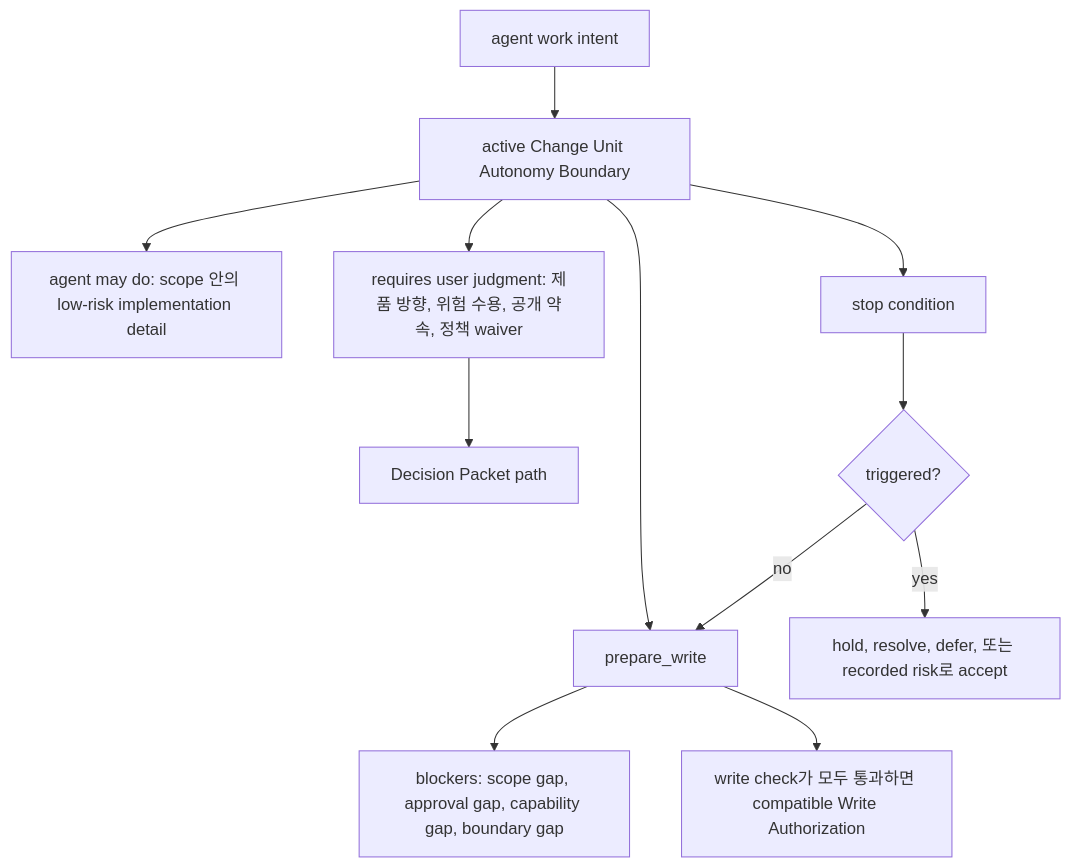
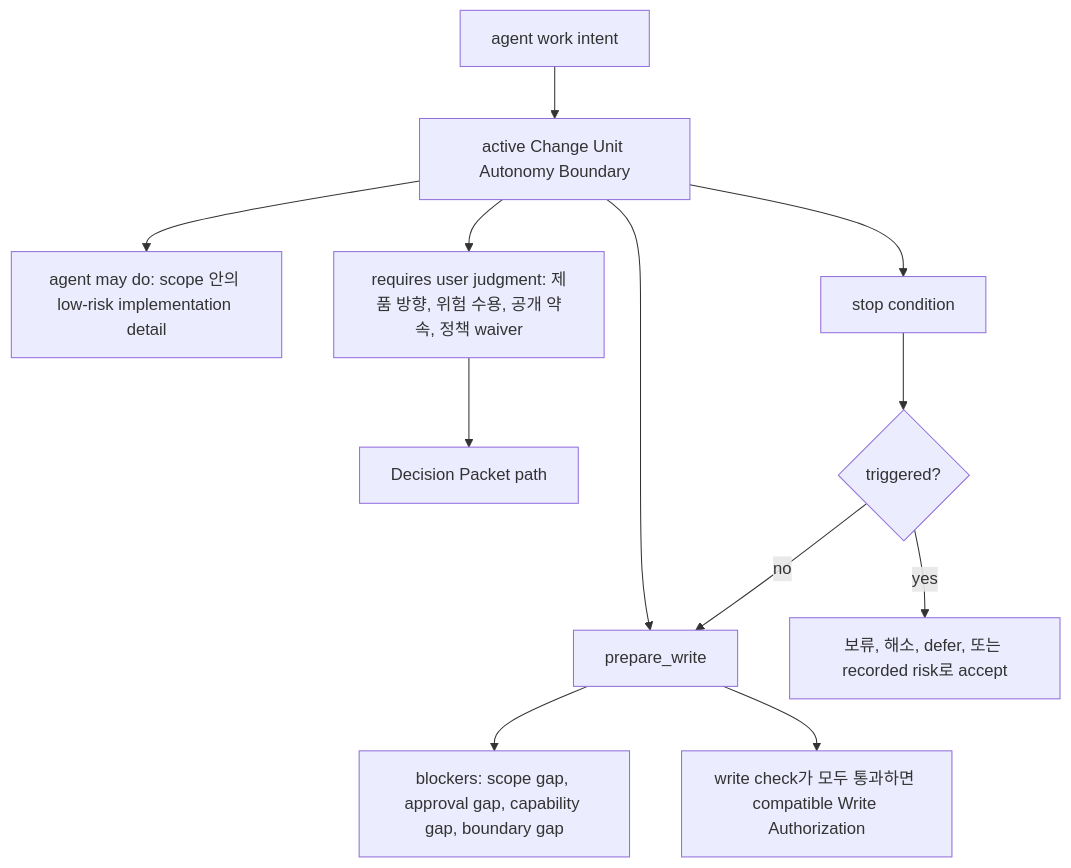
One commit to minjungw00/Harness_Project changed the first of 2 diagrams in docs/ko/reference/design-quality-policies.md. Above: the diagram before and after it, drawn with Mermaid. The commit also changed other lines of this file and 19 other files, not shown here.

````diff
--- a/docs/ko/reference/design-quality-policies.md
+++ b/docs/ko/reference/design-quality-policies.md
@@ -172,15 +172,15 @@
 ```mermaid
 flowchart TD
   Intent["agent work intent"] --> Boundary["active Change Unit Autonomy Boundary"]
   Boundary --> MayDo["agent may do: scope 안의 low-risk implementation detail"]
   Boundary --> UserJudgment["requires user judgment: 제품 방향, 위험 수용, 공개 약속, 정책 waiver"]
   Boundary --> Stops["stop condition"]
   Boundary --> Prepare["prepare_write"]
 
   UserJudgment --> Packet["Decision Packet path"]
   Stops --> StopTriggered{"triggered?"}
-  StopTriggered -- yes --> Hold["hold, resolve, defer, 또는 recorded risk로 accept"]
+  StopTriggered -- yes --> Hold["보류, 해소, defer, 또는 recorded risk로 accept"]
   StopTriggered -- no --> Prepare
   Prepare --> Blockers["blockers: scope gap, approval gap, capability gap, boundary gap"]
   Prepare --> WriteAuth["write check가 모두 통과하면 compatible Write Authorization"]
 ```
````
